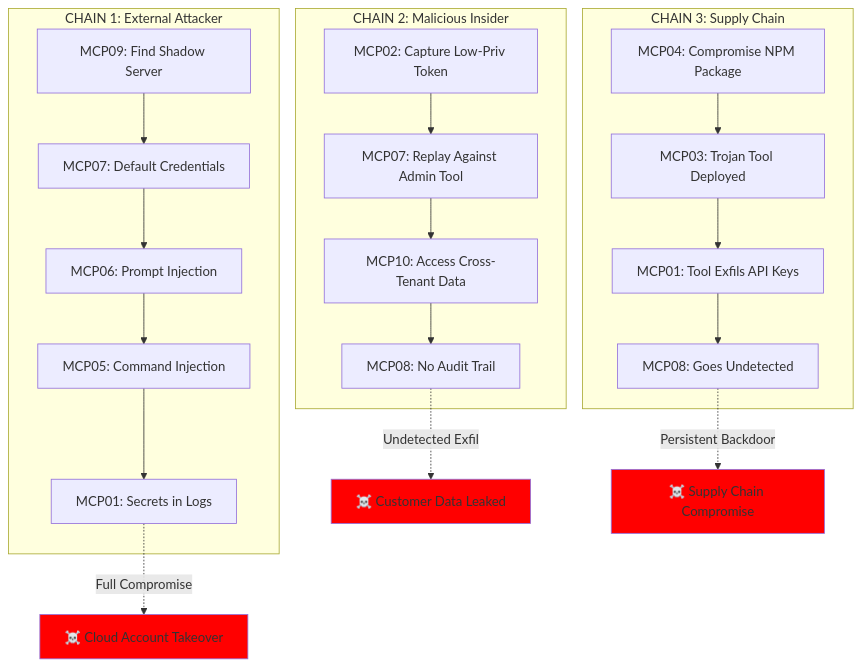
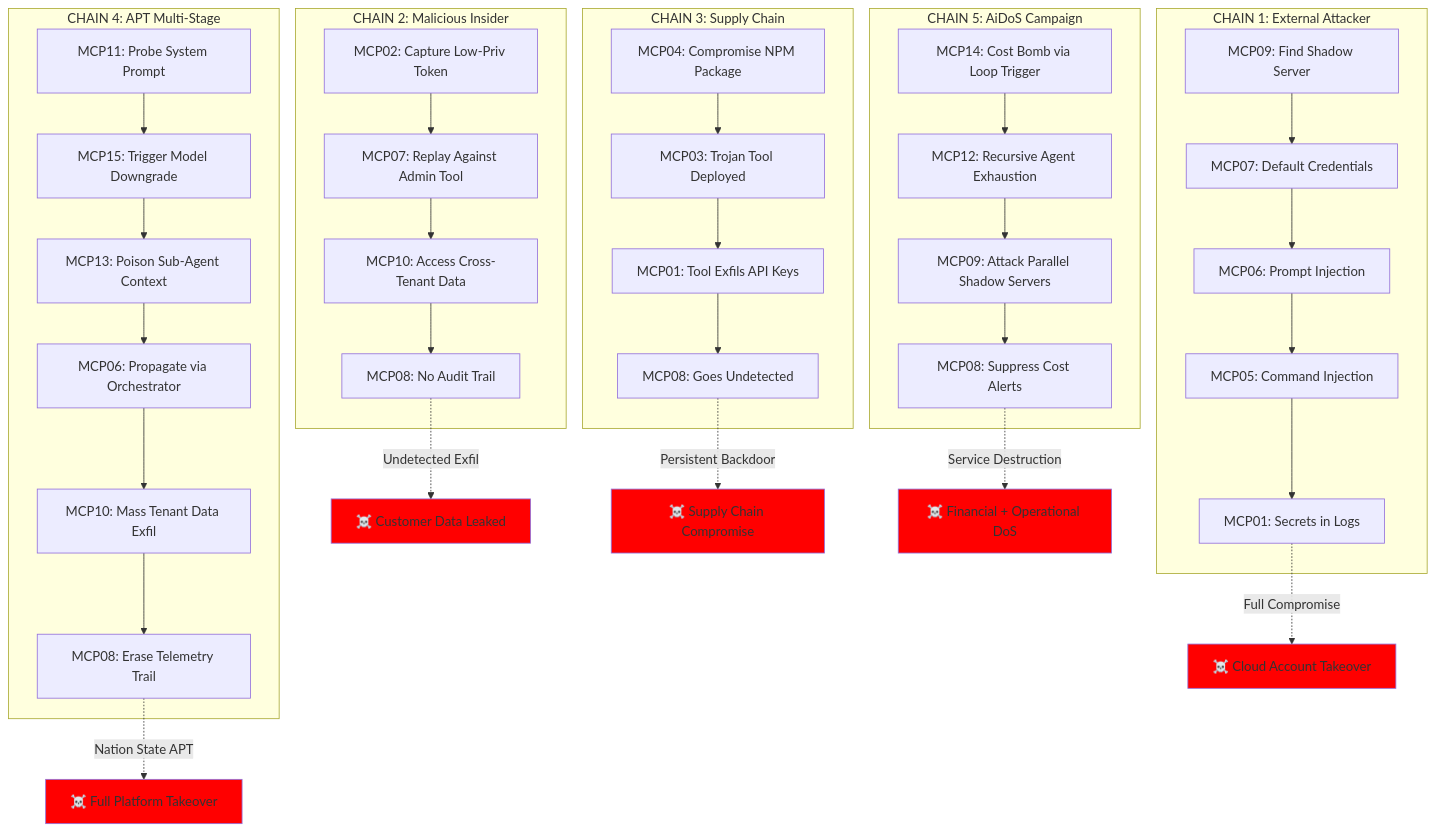
Before and after one commit to babywyrm/sysadmin: the third of 9 diagrams in mcp/redteam/owasp__.md, drawn with Mermaid. The commit also changed other lines of this file, not shown here.

````diff
--- a/mcp/redteam/owasp__.md
+++ b/mcp/redteam/owasp__.md
@@ -172,36 +208,58 @@
 ```mermaid
 graph TD
     subgraph "CHAIN 1: External Attacker"
         C1A[MCP09: Find Shadow Server]
         C1B[MCP07: Default Credentials]
         C1C[MCP06: Prompt Injection]
         C1D[MCP05: Command Injection]
         C1E[MCP01: Secrets in Logs]
     end
-    
+
     subgraph "CHAIN 2: Malicious Insider"
         C2A[MCP02: Capture Low-Priv Token]
         C2B[MCP07: Replay Against Admin Tool]
         C2C[MCP10: Access Cross-Tenant Data]
         C2D[MCP08: No Audit Trail]
     end
-    
+
     subgraph "CHAIN 3: Supply Chain"
         C3A[MCP04: Compromise NPM Package]
         C3B[MCP03: Trojan Tool Deployed]
         C3C[MCP01: Tool Exfils API Keys]
         C3D[MCP08: Goes Undetected]
     end
-    
+
+    subgraph "CHAIN 4: APT Multi-Stage"
+        C4A[MCP11: Probe System Prompt]
+        C4B[MCP15: Trigger Model Downgrade]
+        C4C[MCP13: Poison Sub-Agent Context]
+        C4D[MCP06: Propagate via Orchestrator]
+        C4E[MCP10: Mass Tenant Data Exfil]
+        C4F[MCP08: Erase Telemetry Trail]
+    end
+
+    subgraph "CHAIN 5: AiDoS Campaign"
+        C5A[MCP14: Cost Bomb via Loop Trigger]
+        C5B[MCP12: Recursive Agent Exhaustion]
+        C5C[MCP09: Attack Parallel Shadow Servers]
+        C5D[MCP08: Suppress Cost Alerts]
+    end
+
     C1A --> C1B --> C1C --> C1D --> C1E
     C2A --> C2B --> C2C --> C2D
     C3A --> C3B --> C3C --> C3D
-    
+    C4A --> C4B --> C4C --> C4D --> C4E --> C4F
+    C5A --> C5B --> C5C --> C5D
+
     C1E -.Full Compromise.-> BREACH1[☠️ Cloud Account Takeover]
     C2D -.Undetected Exfil.-> BREACH2[☠️ Customer Data Leaked]
     C3D -.Persistent Backdoor.-> BREACH3[☠️ Supply Chain Compromise]
-    
+    C4F -.Nation State APT.-> BREACH4[☠️ Full Platform Takeover]
+    C5D -.Service Destruction.-> BREACH5[☠️ Financial + Operational DoS]
+
     style BREACH1 fill:#ff0000
     style BREACH2 fill:#ff0000
     style BREACH3 fill:#ff0000
+    style BREACH4 fill:#ff0000
+    style BREACH5 fill:#ff0000
 ```
````
